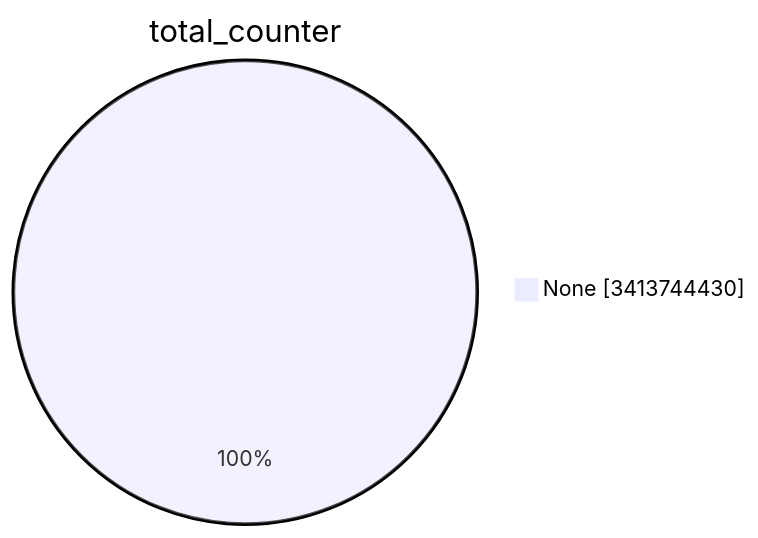
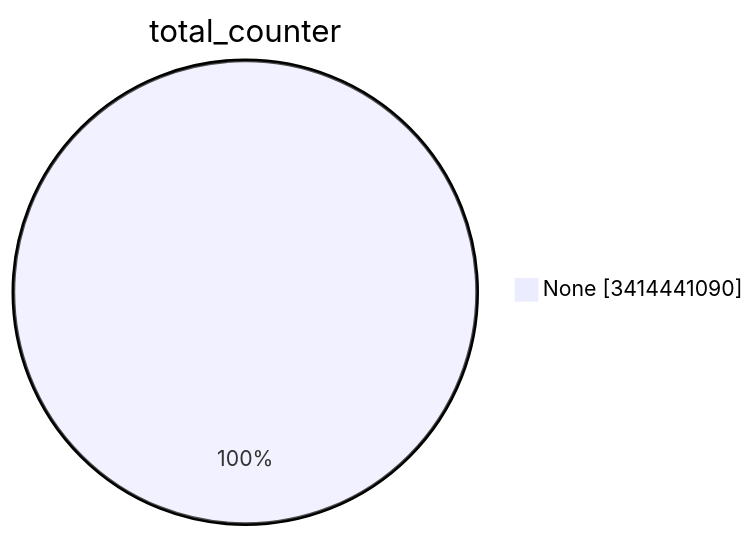
The first of 15 diagrams in TOTAL/README.md (christiankrug/ctmonitor_visualization), drawn with Mermaid before and after one commit. The commit also changed other lines of this file, not shown here.

````diff
--- a/TOTAL/README.md
+++ b/TOTAL/README.md
@@ -1,5 +1,5 @@
 ```mermaid
 pie showData
 title total_counter
-"None" :3413744430
+"None" :3414441090
 ```
````
